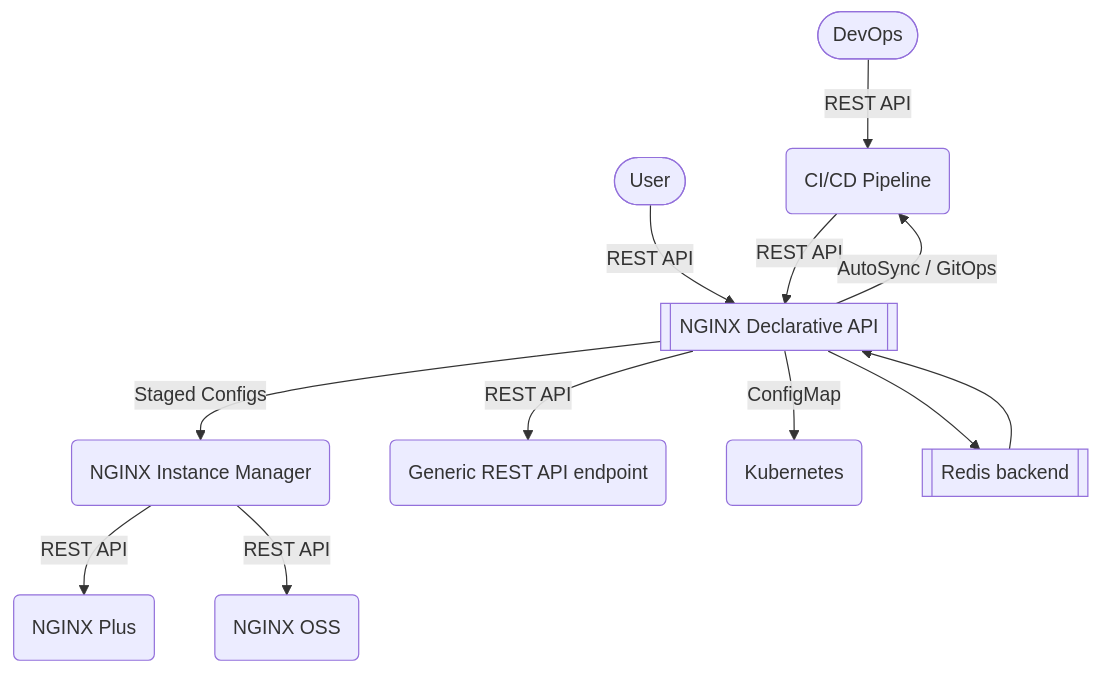
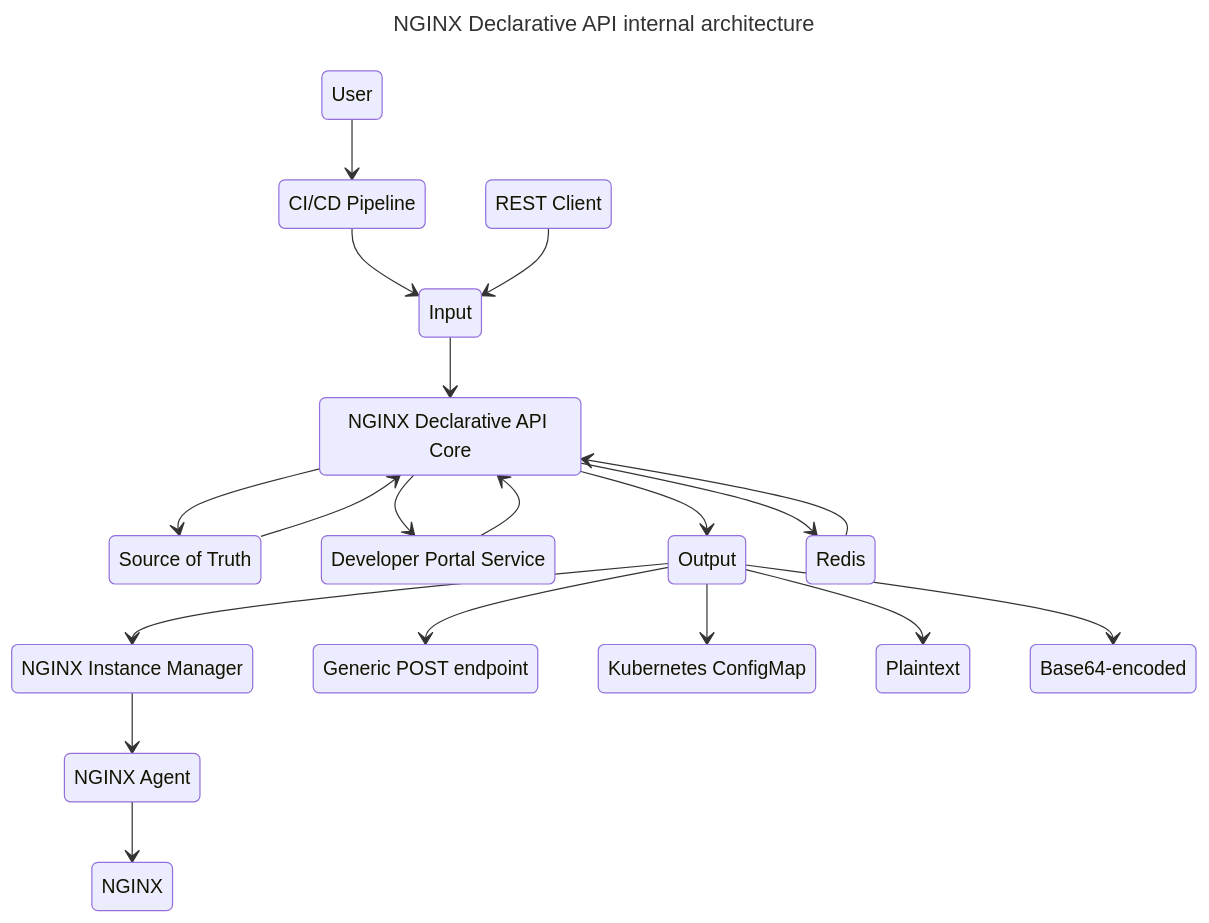
One commit to f5devcentral/NGINX-Declarative-API changed the first of 2 diagrams in README.md. Above: the diagram before and after it, drawn with Mermaid. The commit also changed other lines of this file and 1 other file, not shown here.

Commit message:
README Updated (#6)
* OpenAPI integration work in progress

* API Gateway updates

* API Gateway support - beta release

* README updated

* README updated

* README updated

* README updated

* README updated

* README updated

* Declaration schema updated, Developer portal alpha release

* Postman collection updated

* Devportal alpha release commit

* Devportal alpha release commit

* Added Developer Portal support

* README updated

* README updated

* README updated

* README updated

* README updated

````diff
--- a/README.md
+++ b/README.md
@@ -31,13 +31,41 @@
 ```mermaid
-graph TD
-DEVOPS([DevOps]) -- REST API --> CICD
-User([User]) -- REST API --> NCG
-CICD(CI/CD Pipeline) -- REST API --> NCG[[NGINX Declarative API]]
-NCG -- Staged Configs --> NIM(NGINX Instance Manager)
-NCG -- REST API --> Generic(Generic REST API endpoint)
-NCG -- AutoSync / GitOps --> CICD
-NIM -- REST API --> NGINX(NGINX Plus) & NGINXOSS(NGINX OSS)
-NCG -- ConfigMap --> K8S(Kubernetes)
-REDIS[[Redis backend]] --> NCG
-NCG --> REDIS
+---
+title: NGINX Declarative API internal architecture
+---
+stateDiagram-v2
+    DevOps: User
+    Client: REST Client
+    Pipeline: CI/CD Pipeline
+    NIM: NGINX Instance Manager
+    AGENT: NGINX Agent
+    NGINX: NGINX
+    INPUT: Input
+    SOT: Source of Truth
+    NDAPI: NGINX Declarative API Core
+    DEVP: Developer Portal Service
+    OUTPUT: Output
+    REDIS: Redis
+    POST: Generic POST endpoint
+    CONFIGMAP: Kubernetes ConfigMap
+    PLAINTEXT: Plaintext
+    BASE64: Base64-encoded
+
+    DevOps --> Pipeline
+    Pipeline --> INPUT
+    Client --> INPUT
+    INPUT --> NDAPI
+    NDAPI --> OUTPUT
+    NDAPI --> SOT
+    SOT --> NDAPI
+    NDAPI --> REDIS
+    REDIS --> NDAPI
+    OUTPUT --> BASE64
+    OUTPUT --> POST
+    OUTPUT --> CONFIGMAP
+    OUTPUT --> PLAINTEXT
+    OUTPUT --> NIM
+    NDAPI --> DEVP
+    DEVP --> NDAPI
+    NIM --> AGENT
+    AGENT --> NGINX
 ```
````
